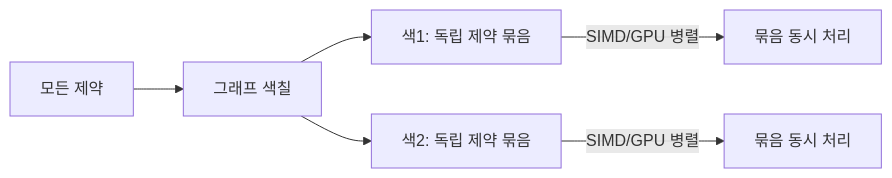
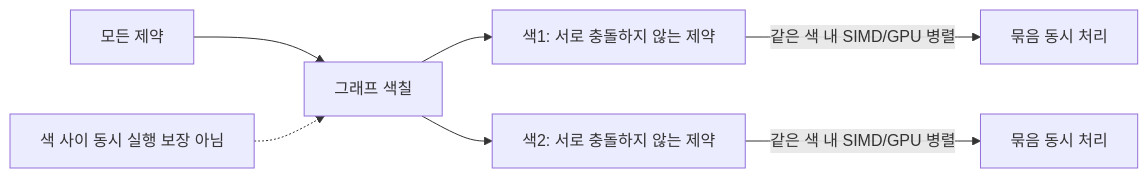
The first of 4 diagrams in physics/part16_particle_physics.md (Rein-ArXiv/game-dev-curriculum), drawn with Mermaid before and after one commit. The commit also changed other lines of this file and 279 other files, not shown here.

````diff
--- a/physics/part16_particle_physics.md
+++ b/physics/part16_particle_physics.md
@@ -210,8 +212,9 @@
 ```mermaid
 flowchart LR
     Constraints[모든 제약] --> Color[그래프 색칠]
-    Color --> Group1[색1: 독립 제약 묶음]
-    Color --> Group2[색2: 독립 제약 묶음]
-    Group1 -->|SIMD/GPU 병렬| Step1[묶음 동시 처리]
-    Group2 -->|SIMD/GPU 병렬| Step2[묶음 동시 처리]
+    Color --> Group1[색1: 서로 충돌하지 않는 제약]
+    Color --> Group2[색2: 서로 충돌하지 않는 제약]
+    Group1 -->|같은 색 내 SIMD/GPU 병렬| Step1[묶음 동시 처리]
+    Group2 -->|같은 색 내 SIMD/GPU 병렬| Step2[묶음 동시 처리]
+    CrossColor[색 사이 동시 실행 보장 아님] -.-> Color
 ```
````
